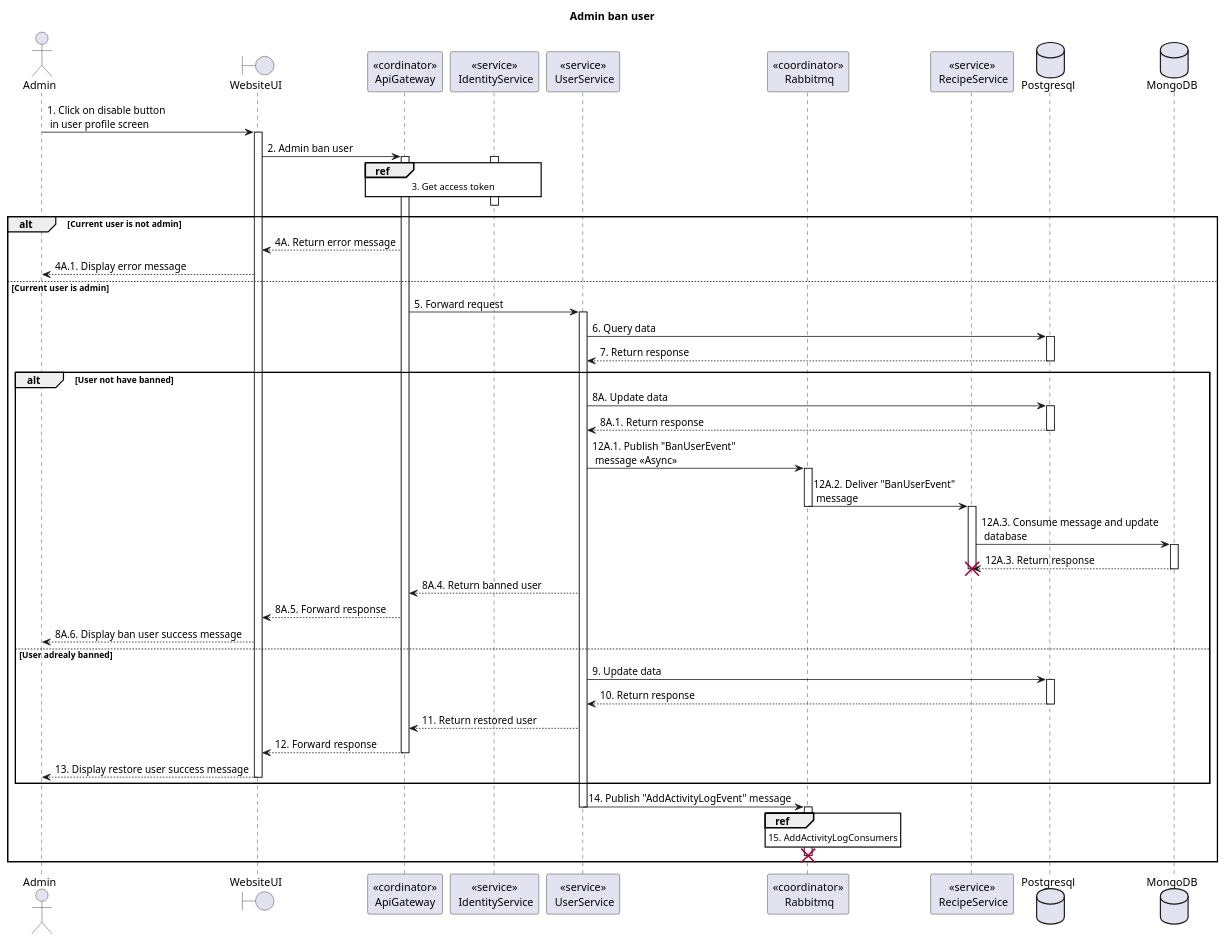
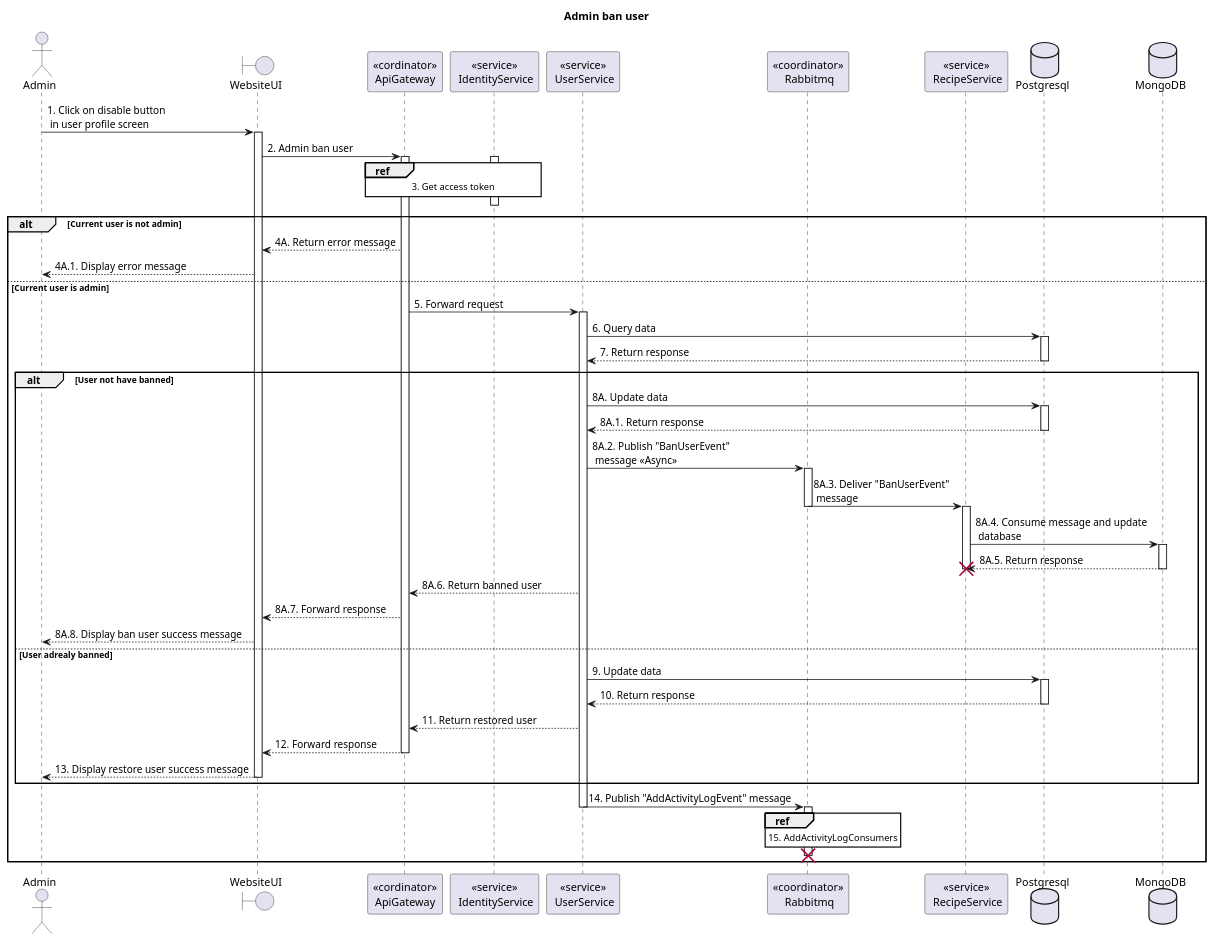
Before and after one commit to Carl-Johnsons/tastopia: the diagram in doc/SDS/User/Admin ban user/Sequence.plantuml, drawn with PlantUML.

Commit message:
doc: fix admin ban user sequence

```diff
--- a/doc/SDS/User/Admin ban user/Sequence.plantuml
+++ b/doc/SDS/User/Admin ban user/Sequence.plantuml
@@ -1,69 +1,69 @@
 @startuml Sequence
 title "Admin ban user"
 
 ' Style section
 <style>
   sequenceDiagram {
     reference {
       BackGroundColor white
     }
 }
 </style>
 
 actor Admin
 boundary WebsiteUI
 participant "<<cordinator>>\nApiGateway" as ApiGateway
 participant "<<service>>\n IdentityService" as IdentityService
 participant "<<service>>\n UserService" as UserService
 participant "<<coordinator>>\n Rabbitmq" as Rabbitmq
 participant "<<service>>\n RecipeService" as RecipeService
 database Postgresql
 database MongoDB
 
 Admin -> WebsiteUI ++: 1. Click on disable button \n in user profile screen
 WebsiteUI -> ApiGateway ++: 2. Admin ban user
 
 activate IdentityService
 ref over ApiGateway, IdentityService: 3. Get access token
 ApiGateway -[hidden]-> IdentityService
 deactivate IdentityService
 
 alt Current user is not admin
     WebsiteUI <-- ApiGateway: 4A. Return error message
     Admin <-- WebsiteUI: 4A.1. Display error message
 else Current user is admin
     ApiGateway -> UserService ++: 5. Forward request
     UserService -> Postgresql++: 6. Query data
     UserService <-- Postgresql--: 7. Return response
     alt User not have banned
       UserService -> Postgresql++: 8A. Update data
       UserService <-- Postgresql--: 8A.1. Return response
-      UserService -> Rabbitmq: 12A.1. Publish "BanUserEvent" \n message <<Async>>
+      UserService -> Rabbitmq: 8A.2. Publish "BanUserEvent" \n message <<Async>>
       activate Rabbitmq
-      Rabbitmq -> RecipeService: 12A.2. Deliver "BanUserEvent"\n message
+      Rabbitmq -> RecipeService: 8A.3. Deliver "BanUserEvent"\n message
       deactivate Rabbitmq
       activate RecipeService
-      RecipeService -> MongoDB++: 12A.3. Consume message and update \n database
-      RecipeService <-- MongoDB--: 12A.3. Return response
+      RecipeService -> MongoDB++: 8A.4. Consume message and update \n database
+      RecipeService <-- MongoDB--: 8A.5. Return response
       deactivate RecipeService
       destroy RecipeService
-      ApiGateway <-- UserService: 8A.4. Return banned user
-      WebsiteUI <-- ApiGateway: 8A.5. Forward response
-      Admin <-- WebsiteUI: 8A.6. Display ban user success message
+      ApiGateway <-- UserService: 8A.6. Return banned user
+      WebsiteUI <-- ApiGateway: 8A.7. Forward response
+      Admin <-- WebsiteUI: 8A.8. Display ban user success message
     else User adrealy banned
       UserService -> Postgresql++: 9. Update data
       UserService <-- Postgresql--: 10. Return response
       ApiGateway <-- UserService: 11. Return restored user
       WebsiteUI <-- ApiGateway--: 12. Forward response
       Admin <-- WebsiteUI--: 13. Display restore user success message
     end alt
     UserService -> Rabbitmq: 14. Publish "AddActivityLogEvent" message 
     deactivate UserService
     activate Rabbitmq
     ref over Rabbitmq: 15. AddActivityLogConsumers
     Rabbitmq -[hidden]> 
     destroy Rabbitmq
 end alt
 
 
 @enduml
```
